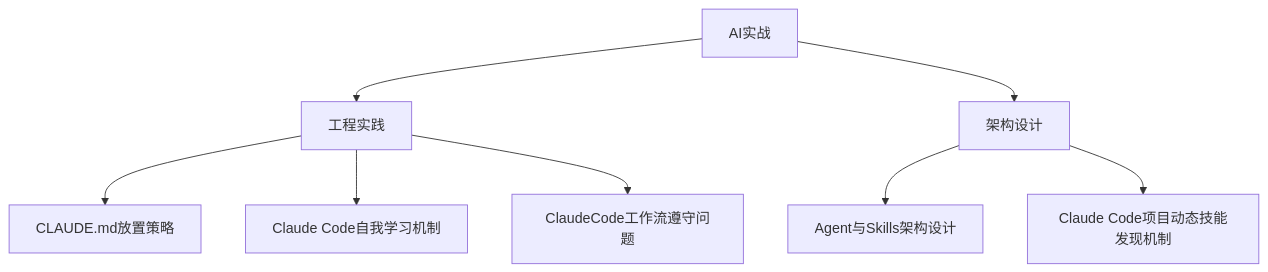
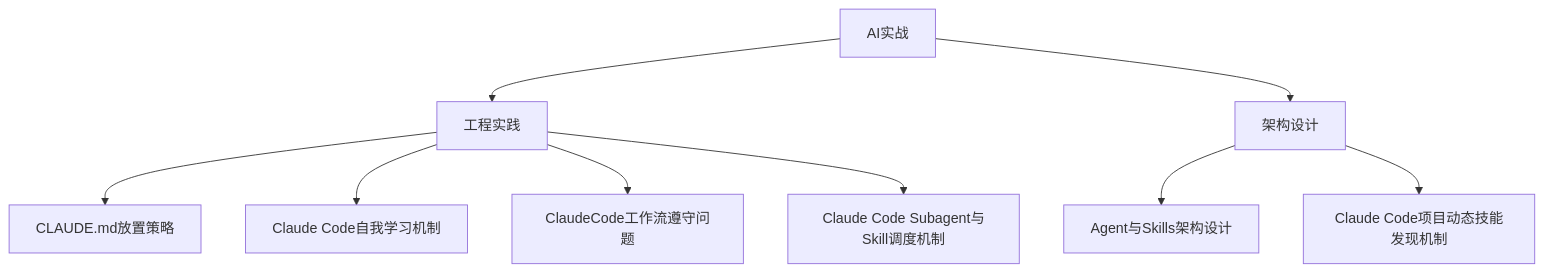
One commit to Treasoni/Study-Notes changed the diagram in AI实战/AI实战 MOC.md. Above: the diagram before and after it, drawn with Mermaid. The commit also changed other lines of this file, not shown here.

````diff
--- a/AI实战/AI实战 MOC.md
+++ b/AI实战/AI实战 MOC.md
@@ -10,12 +10,13 @@
 ```mermaid
 graph TD
     Root[AI实战]
     Root --> Eng[工程实践]
     Root --> Arch[架构设计]
     Eng --> N1[CLAUDE.md放置策略]
     Eng --> N2[Claude Code自我学习机制]
     Eng --> N3[ClaudeCode工作流遵守问题]
-    Arch --> N4[Agent与Skills架构设计]
-    Arch --> N5[Claude Code项目动态技能发现机制]
-    class N1,N2,N3,N4,N5 internal-link;
+    Eng --> N4[Claude Code Subagent与Skill调度机制]
+    Arch --> N5[Agent与Skills架构设计]
+    Arch --> N6[Claude Code项目动态技能发现机制]
+    class N1,N2,N3,N4,N5,N6 internal-link;
 ```
````
